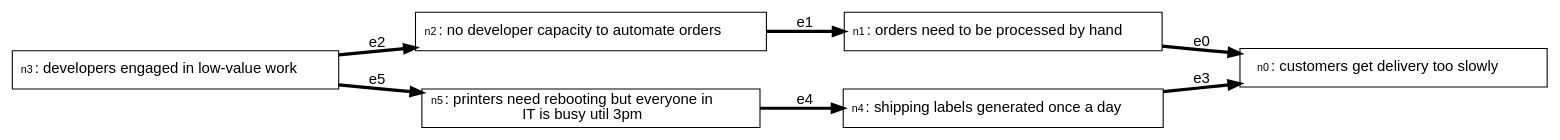
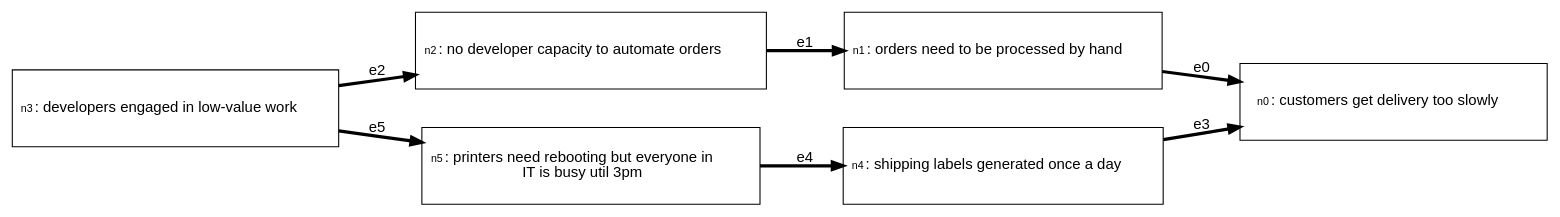
The diagram in examples/business_example_1.dot (stevecooperorg/microdot), drawn with Graphviz before and after one commit. The commit also changed 6 other files, not shown here.

```diff
--- a/examples/business_example_1.dot
+++ b/examples/business_example_1.dot
@@ -1,57 +1,57 @@
 digraph {
 
     graph [fontname = "helvetica" rankdir="LR" ranksep=0.75 nodesep=0.5];
     node [fontname = "helvetica" shape = "box" width=4 style=filled];
     edge [fontname = "helvetica" penwidth=3 color="#000000"];
 
-    n0 [label=< <TABLE BORDER="0" CELLPADDING="0" CELLSPACING="0">
+    n0 [width=4 height=1 label=< <TABLE BORDER="0" CELLPADDING="0" CELLSPACING="0">
     <TR>
         <TD COLSPAN="1"><FONT POINT-SIZE="10">n0</FONT>: customers get delivery too slowly</TD>
     </TR>
     
    </TABLE>
 > fillcolor="#FFFFFF"]
-    n1 [label=< <TABLE BORDER="0" CELLPADDING="0" CELLSPACING="0">
+    n1 [width=4 height=1 label=< <TABLE BORDER="0" CELLPADDING="0" CELLSPACING="0">
     <TR>
         <TD COLSPAN="1"><FONT POINT-SIZE="10">n1</FONT>: orders need to be processed by hand</TD>
     </TR>
     
    </TABLE>
 > fillcolor="#FFFFFF"]
-    n2 [label=< <TABLE BORDER="0" CELLPADDING="0" CELLSPACING="0">
+    n2 [width=4 height=1 label=< <TABLE BORDER="0" CELLPADDING="0" CELLSPACING="0">
     <TR>
         <TD COLSPAN="1"><FONT POINT-SIZE="10">n2</FONT>: no developer capacity to automate orders</TD>
     </TR>
     
    </TABLE>
 > fillcolor="#FFFFFF"]
-    n3 [label=< <TABLE BORDER="0" CELLPADDING="0" CELLSPACING="0">
+    n3 [width=4 height=1 label=< <TABLE BORDER="0" CELLPADDING="0" CELLSPACING="0">
     <TR>
         <TD COLSPAN="1"><FONT POINT-SIZE="10">n3</FONT>: developers engaged in low-value work</TD>
     </TR>
     
    </TABLE>
 > fillcolor="#FFFFFF"]
-    n4 [label=< <TABLE BORDER="0" CELLPADDING="0" CELLSPACING="0">
+    n4 [width=4 height=1 label=< <TABLE BORDER="0" CELLPADDING="0" CELLSPACING="0">
     <TR>
         <TD COLSPAN="1"><FONT POINT-SIZE="10">n4</FONT>: shipping labels generated once a day</TD>
     </TR>
     
    </TABLE>
 > fillcolor="#FFFFFF"]
-    n5 [label=< <TABLE BORDER="0" CELLPADDING="0" CELLSPACING="0">
+    n5 [width=4 height=1 label=< <TABLE BORDER="0" CELLPADDING="0" CELLSPACING="0">
     <TR>
         <TD COLSPAN="1"><FONT POINT-SIZE="10">n5</FONT>: printers need rebooting but everyone in<br/>IT is busy util 3pm</TD>
     </TR>
     
    </TABLE>
 > fillcolor="#FFFFFF"]
 
     "n1" -> "n0" [label="e0"];
     "n2" -> "n1" [label="e1"];
     "n3" -> "n2" [label="e2"];
     "n4" -> "n0" [label="e3"];
     "n5" -> "n4" [label="e4"];
     "n3" -> "n5" [label="e5"];
 
 }
```
